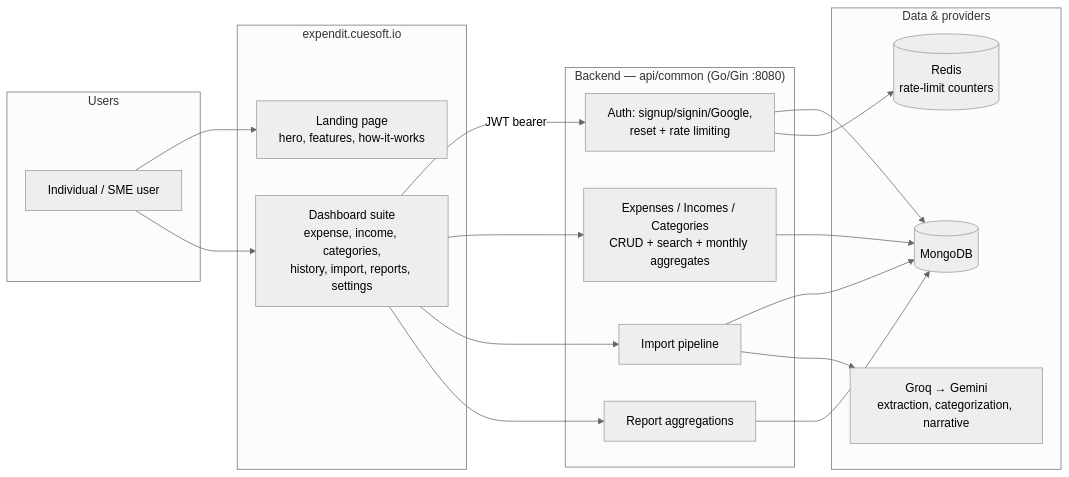
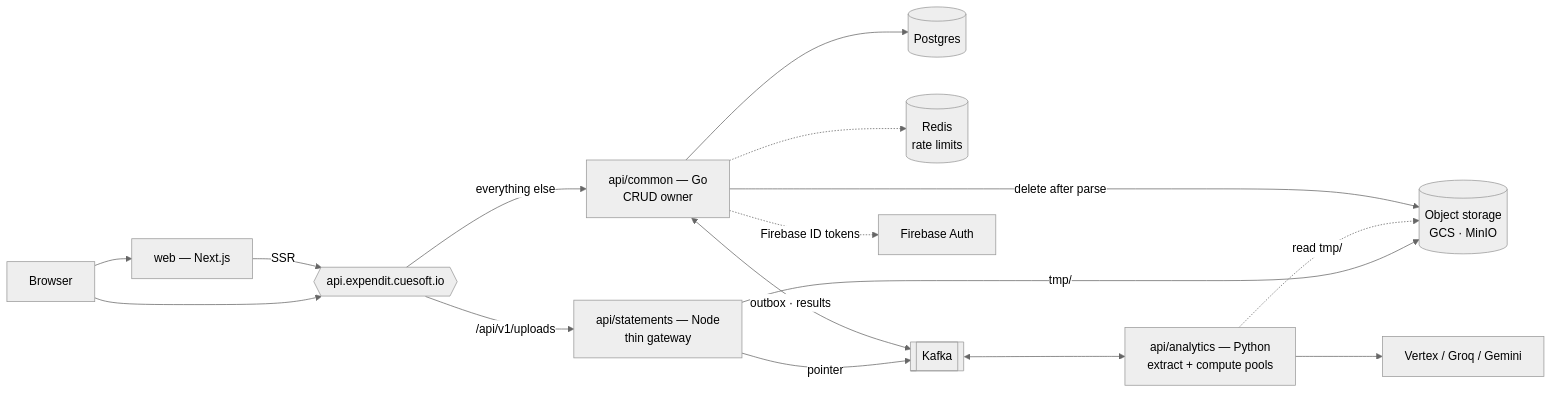
The first of 4 diagrams in docs/architecture.md (cuesoftinc/expendit), drawn with Mermaid (neutral theme) before and after one commit. The commit also changed other lines of this file and 289 other files, not shown here.

First line of the commit message:
feat: rebuild the backend on the ratified system design, scale to zero on the shared Kafka bus (#324)

````diff
--- a/docs/architecture.md
+++ b/docs/architecture.md
@@ -7,37 +11,18 @@
 ```mermaid
 flowchart LR
-    subgraph Users
-        U[Individual / SME user]
-    end
-
-    subgraph expendit.cuesoft.io
-        LAND[Landing page<br/>hero, features, how-it-works]
-        DASH[Dashboard suite<br/>expense, income, categories,<br/>history, import, reports, settings]
-    end
-
-    subgraph BE["Backend — api/common (Go/Gin :8080)"]
-        AUTH[Auth: signup/signin/Google,<br/>reset + rate limiting]
-        LEDGER[Expenses / Incomes / Categories<br/>CRUD + search + monthly aggregates]
-        IMPORT[Import pipeline]
-        REPORT[Report aggregations]
-    end
-
-    subgraph Data & providers
-        MG[(MongoDB)]
-        RD[(Redis<br/>rate-limit counters)]
-        AI[Groq → Gemini<br/>extraction, categorization, narrative]
-    end
-
-    U --> LAND
-    U --> DASH
-    DASH -->|JWT bearer| AUTH
-    DASH --> LEDGER
-    DASH --> IMPORT
-    DASH --> REPORT
-    AUTH --> MG
-    AUTH --> RD
-    LEDGER --> MG
-    IMPORT --> MG
-    IMPORT --> AI
-    REPORT --> MG
+    BR[Browser] --> WEB[web — Next.js]
+    BR --> LB{{api.expendit.cuesoft.io}}
+    WEB -->|SSR| LB
+    LB -->|/api/v1/uploads| ST[api/statements — Node<br/>thin gateway]
+    LB -->|everything else| CM[api/common — Go<br/>CRUD owner]
+    CM --> PG[(Postgres)]
+    CM -.-> R[(Redis<br/>rate limits)]
+    ST -->|tmp/| OS[(Object storage<br/>GCS · MinIO)]
+    AN -.->|read tmp/| OS
+    CM -->|delete after parse| OS
+    ST -->|pointer| K[[Kafka]]
+    CM <-->|outbox · results| K
+    K <--> AN[api/analytics — Python<br/>extract + compute pools]
+    AN --> AI[Vertex / Groq / Gemini]
+    CM -.->|Firebase ID tokens| FB[Firebase Auth]
 ```
````
